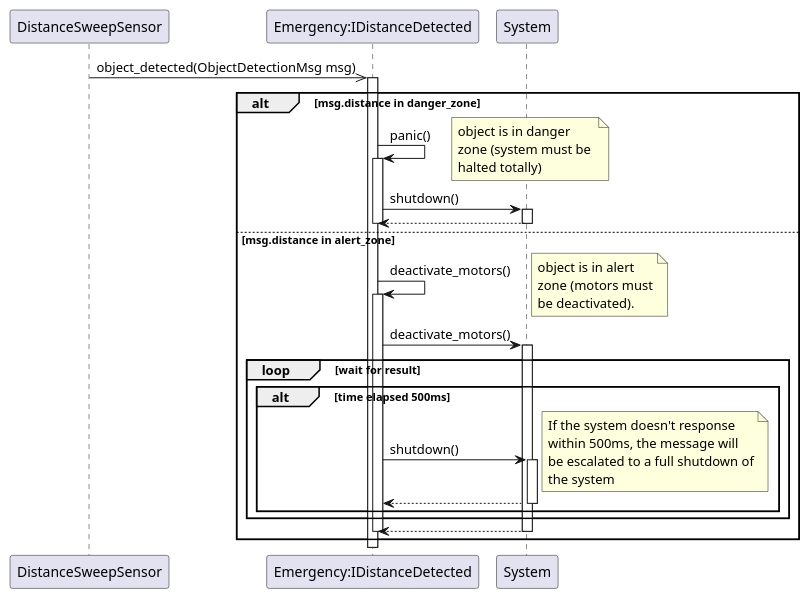
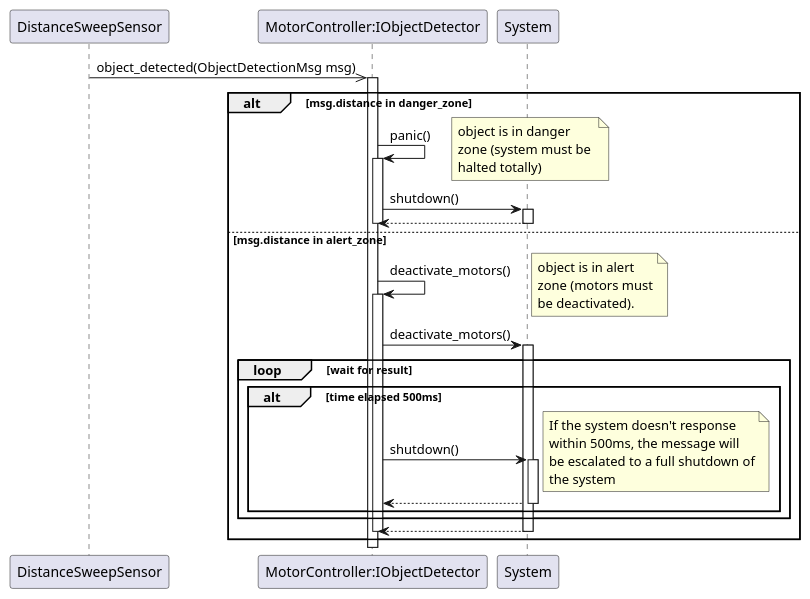
The diagram in design/components.trace.plantuml (jvisch/jvr), drawn with PlantUML before and after one commit. The commit also changed 7 other files, not shown here.

```diff
--- a/design/components.trace.plantuml
+++ b/design/components.trace.plantuml
@@ -1,64 +1,64 @@
 @startuml Component Trace
 
 
 participant sensor as "DistanceSweepSensor"
-participant emergency as "Emergency:IDistanceDetected"
+participant MotorController as "MotorController:IObjectDetector"
 participant system as "System"
 
-sensor ->> emergency : object_detected(ObjectDetectionMsg msg)
-activate emergency
+sensor ->> MotorController : object_detected(ObjectDetectionMsg msg)
+activate MotorController
 
 alt msg.distance in danger_zone
-    emergency -> emergency : panic()
+    MotorController -> MotorController : panic()
     
     note right
     object is in danger 
     zone (system must be 
     halted totally)
     end note
 
-    activate emergency
-    emergency -> system : shutdown()
+    activate MotorController
+    MotorController -> system : shutdown()
     activate system
-    emergency <-- system
+    MotorController <-- system
     deactivate system
-    deactivate emergency
+    deactivate MotorController
 else msg.distance in alert_zone
     ' object is in alert zone (motors must be deactivated)
-    emergency -> emergency : deactivate_motors()
+    MotorController -> MotorController : deactivate_motors()
     
     note right
     object is in alert 
     zone (motors must
     be deactivated).
     end note
 
-    activate emergency
-    emergency -> system : deactivate_motors()
+    activate MotorController
+    MotorController -> system : deactivate_motors()
     activate system
     ' the system must response withing 500ms, otherwise
     ' the total system will be shutdown
     loop wait for result
         alt time elapsed 500ms
         
-            emergency -> system : shutdown()
+            MotorController -> system : shutdown()
         
             note right
             If the system doesn't response
             within 500ms, the message will
             be escalated to a full shutdown of
             the system
             end note
 
             activate system
-            emergency <-- system
+            MotorController <-- system
             deactivate system 
         end
     end
-    system ---> emergency
+    system ---> MotorController
     deactivate system
-    deactivate emergency
+    deactivate MotorController
 end
 
 
 @enduml
```
